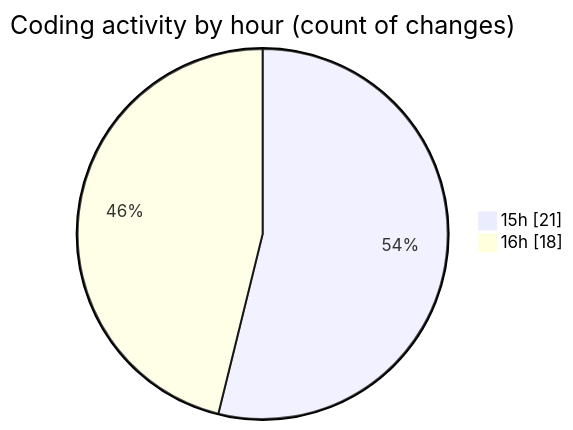
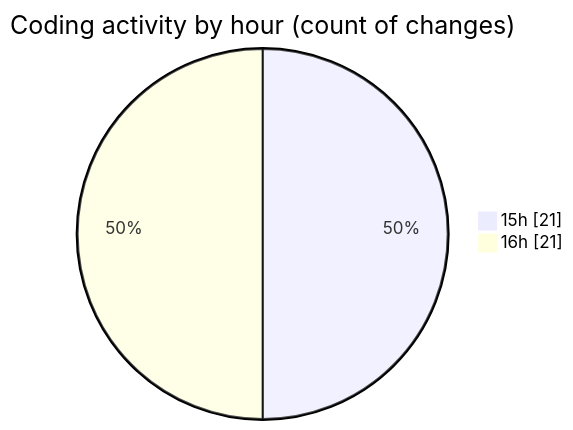
The second of 2 diagrams in 2025-01-26/results-summary-component-main/README.md (NitaiMahat/code-tracking), drawn with Mermaid before and after one commit. The commit also changed other lines of this file and 1 other file, not shown here.

````diff
--- a/2025-01-26/results-summary-component-main/README.md
+++ b/2025-01-26/results-summary-component-main/README.md
@@ -30,6 +30,6 @@
 ```mermaid
 pie showData
 title Coding activity by hour (count of changes)
 "15h" : 21
-"16h" : 18
+"16h" : 21
 ```
````
